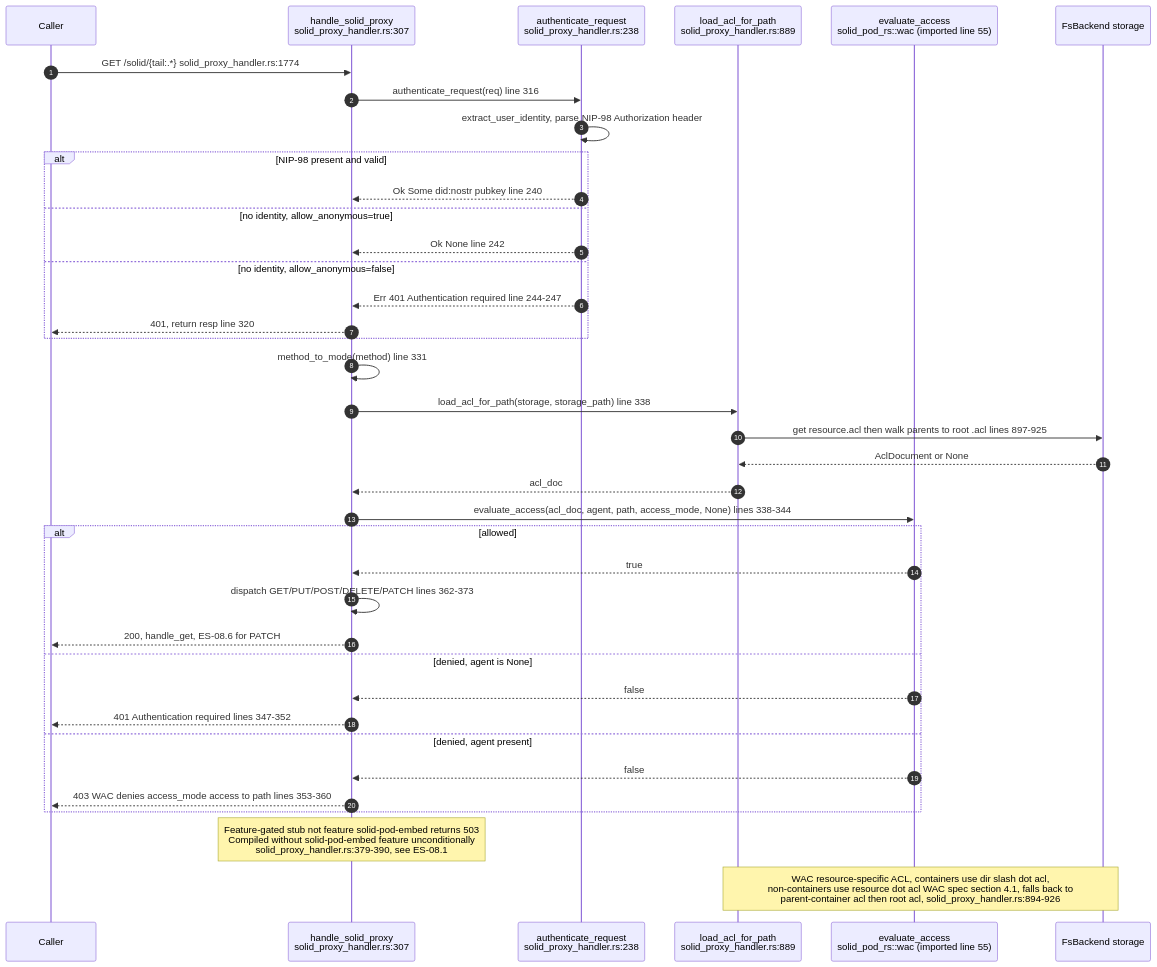
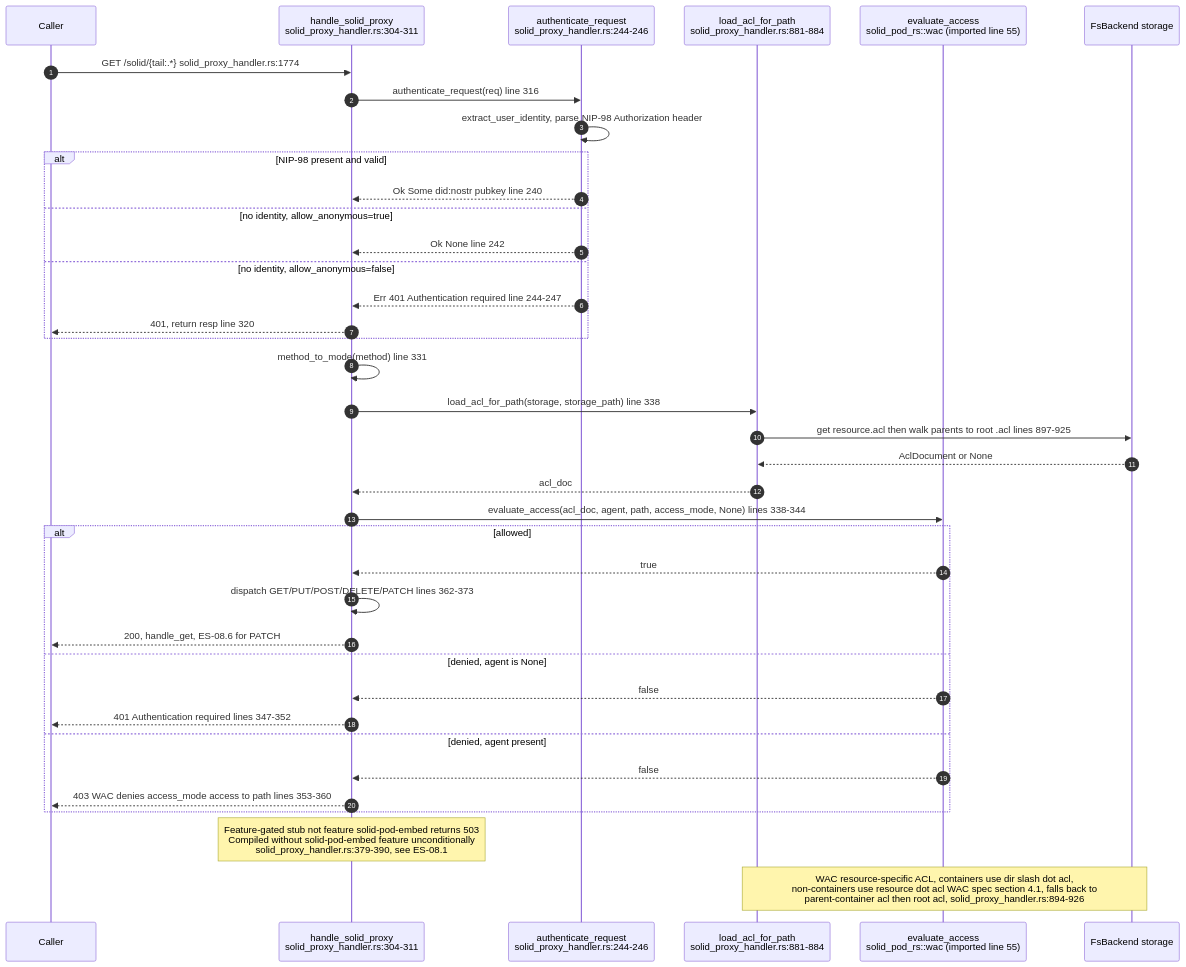
Before and after one commit to DreamLab-AI/AR-AI-Knowledge-Graph: the fourth of 10 diagrams in docs/diagrams/estate/08-solid-pod-estate.md, drawn with Mermaid. The commit also changed other lines of this file and 36 other files, not shown here.

````diff
--- a/docs/diagrams/estate/08-solid-pod-estate.md
+++ b/docs/diagrams/estate/08-solid-pod-estate.md
@@ -161,44 +161,44 @@
 ```mermaid
 sequenceDiagram
     autonumber
     participant C as Caller
-    participant H as handle_solid_proxy<br/>solid_proxy_handler.rs:307
-    participant AUTH as authenticate_request<br/>solid_proxy_handler.rs:238
-    participant ACL as load_acl_for_path<br/>solid_proxy_handler.rs:889
+    participant H as handle_solid_proxy<br/>solid_proxy_handler.rs:304-311
+    participant AUTH as authenticate_request<br/>solid_proxy_handler.rs:244-246
+    participant ACL as load_acl_for_path<br/>solid_proxy_handler.rs:881-884
     participant WAC as evaluate_access<br/>solid_pod_rs::wac (imported line 55)
     participant FS as FsBackend storage
 
     C->>H: GET /solid/{tail:.*} solid_proxy_handler.rs:1774
     H->>AUTH: authenticate_request(req) line 316
     AUTH->>AUTH: extract_user_identity, parse NIP-98 Authorization header
     alt NIP-98 present and valid
         AUTH-->>H: Ok Some did:nostr pubkey line 240
     else no identity, allow_anonymous=true
         AUTH-->>H: Ok None line 242
     else no identity, allow_anonymous=false
         AUTH-->>H: Err 401 Authentication required line 244-247
         H-->>C: 401, return resp line 320
     end
 
     H->>H: method_to_mode(method) line 331
     H->>ACL: load_acl_for_path(storage, storage_path) line 338
     ACL->>FS: get resource.acl then walk parents to root .acl lines 897-925
     FS-->>ACL: AclDocument or None
     ACL-->>H: acl_doc
 
     H->>WAC: evaluate_access(acl_doc, agent, path, access_mode, None) lines 338-344
     alt allowed
         WAC-->>H: true
         H->>H: dispatch GET/PUT/POST/DELETE/PATCH lines 362-373
         H-->>C: 200, handle_get, ES-08.6 for PATCH
     else denied, agent is None
         WAC-->>H: false
         H-->>C: 401 Authentication required lines 347-352
     else denied, agent present
         WAC-->>H: false
         H-->>C: 403 WAC denies access_mode access to path lines 353-360
     end
 
     Note over H: Feature-gated stub not feature solid-pod-embed returns 503<br/>Compiled without solid-pod-embed feature unconditionally<br/>solid_proxy_handler.rs:379-390, see ES-08.1
     Note over ACL,FS: WAC resource-specific ACL, containers use dir slash dot acl,<br/>non-containers use resource dot acl WAC spec section 4.1, falls back to<br/>parent-container acl then root acl, solid_proxy_handler.rs:894-926
 ```
````
